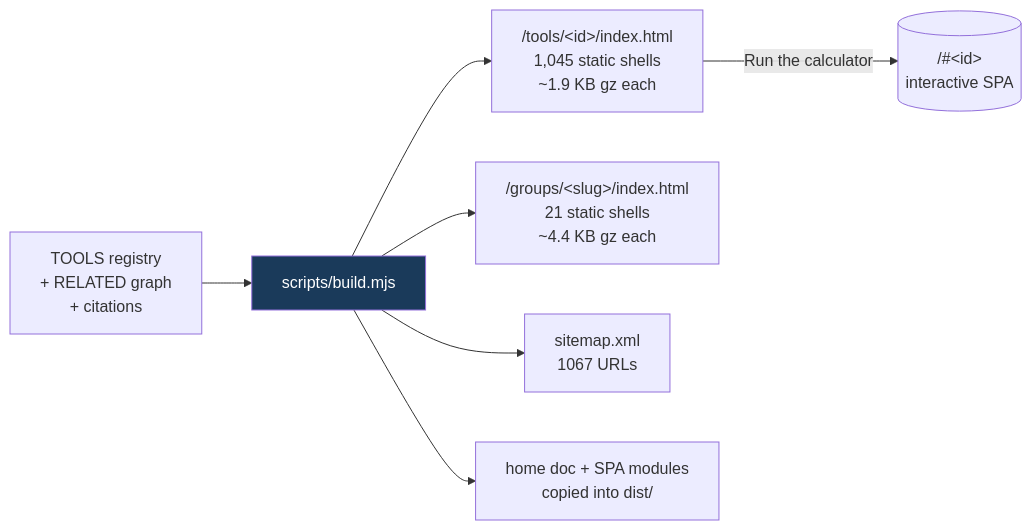
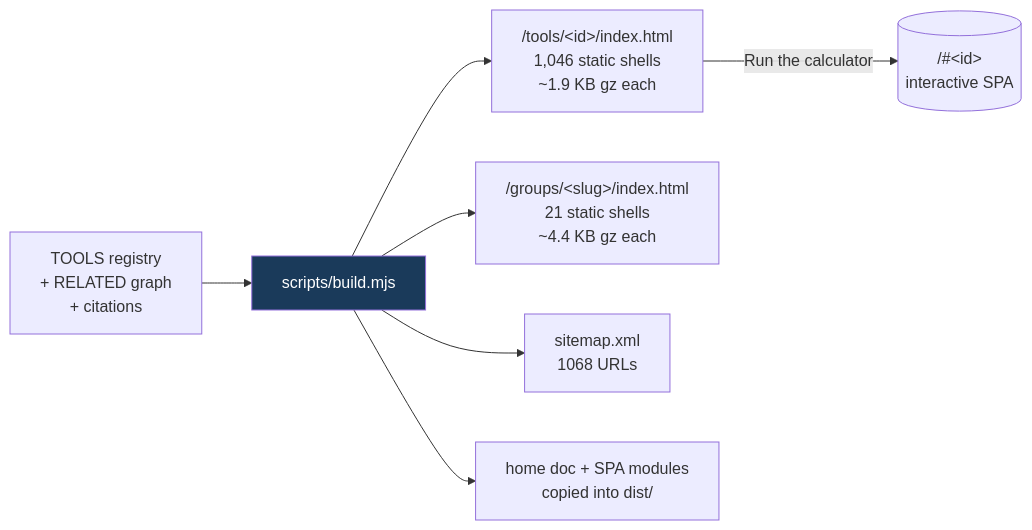
The fifth of 8 diagrams in README.md (clay-good/roughlogic.com), drawn with Mermaid before and after one commit. The commit also changed other lines of this file and 13 other files, not shown here.

````diff
--- a/README.md
+++ b/README.md
@@ -495,10 +495,10 @@
 ```mermaid
 flowchart LR
     SRC[TOOLS registry\n+ RELATED graph\n+ citations] --> BUILD[scripts/build.mjs]
-    BUILD --> TILE["/tools/&lt;id&gt;/index.html\n1,045 static shells\n~1.9 KB gz each"]
+    BUILD --> TILE["/tools/&lt;id&gt;/index.html\n1,046 static shells\n~1.9 KB gz each"]
     BUILD --> GROUP["/groups/&lt;slug&gt;/index.html\n21 static shells\n~4.4 KB gz each"]
-    BUILD --> MAP["sitemap.xml\n1067 URLs"]
+    BUILD --> MAP["sitemap.xml\n1068 URLs"]
     BUILD --> COPY[home doc + SPA modules\ncopied into dist/]
     TILE -->|Run the calculator| SPA[("/#&lt;id&gt;\ninteractive SPA")]
     style BUILD fill:#1a3a5a,color:#fff
 ```
````
